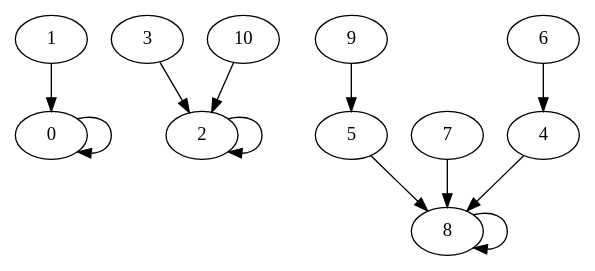
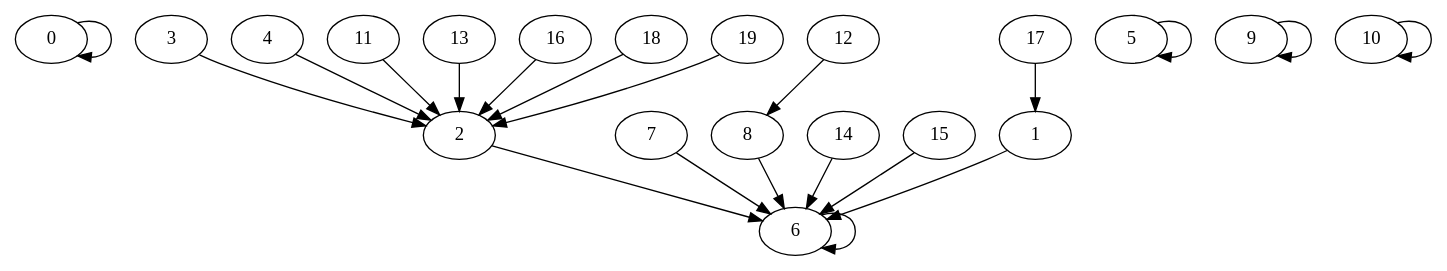
One commit to corentinckf/projetZ1 changed the diagram in partition/mathieu/graph.dot. Above: the diagram before and after it, drawn with Graphviz. The commit also changed 8 other files, not shown here.

Commit message:
composante connexe graph en matrice

```diff
--- a/partition/mathieu/graph.dot
+++ b/partition/mathieu/graph.dot
@@ -1,13 +1,22 @@
 digraph { 
 	0->0
-	1->0
-	2->2
+	1->6
+	2->6
 	3->2
-	4->8
-	5->8
-	6->4
-	7->8
-	8->8
-	9->5
-	10->2
+	4->2
+	5->5
+	6->6
+	7->6
+	8->6
+	9->9
+	10->10
+	11->2
+	12->8
+	13->2
+	14->6
+	15->6
+	16->2
+	17->1
+	18->2
+	19->2
 } 
```
